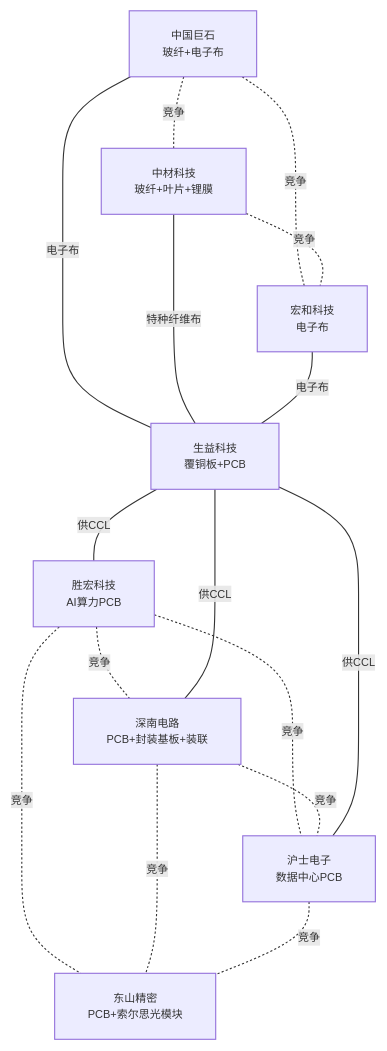
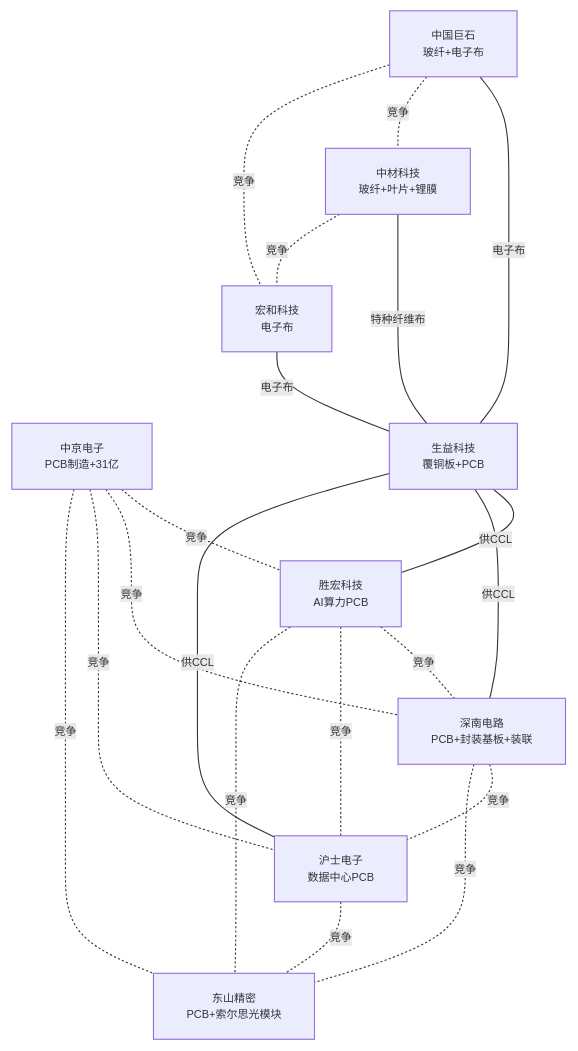
The fourth of 23 diagrams in industry/wiki/syntheses/公司关联图谱.md (zhangbo1882/open-industry), drawn with Mermaid before and after one commit. The commit also changed other lines of this file and 7 other files, not shown here.

````diff
--- a/industry/wiki/syntheses/公司关联图谱.md
+++ b/industry/wiki/syntheses/公司关联图谱.md
@@ -340,31 +341,36 @@
 ```mermaid
 %%{init: {'themeVariables': {'fontSize': '10px'}}}%%
 graph TB
     胜宏科技[胜宏科技<br/>AI算力PCB]
     深南电路[深南电路<br/>PCB+封装基板+装联]
     沪士电子[沪士电子<br/>数据中心PCB]
     东山精密[东山精密<br/>PCB+索尔思光模块]
+    中京电子[中京电子<br/>PCB制造+31亿]
     生益科技[生益科技<br/>覆铜板+PCB]
     中国巨石[中国巨石<br/>玻纤+电子布]
     中材科技[中材科技<br/>玻纤+叶片+锂膜]
     宏和科技[宏和科技<br/>电子布]
 
     胜宏科技 -.-|竞争| 深南电路
     胜宏科技 -.-|竞争| 沪士电子
     深南电路 -.-|竞争| 沪士电子
     胜宏科技 -.-|竞争| 东山精密
     深南电路 -.-|竞争| 东山精密
     沪士电子 -.-|竞争| 东山精密
+    中京电子 -.-|竞争| 胜宏科技
+    中京电子 -.-|竞争| 深南电路
+    中京电子 -.-|竞争| 沪士电子
+    中京电子 -.-|竞争| 东山精密
     生益科技 ---|供CCL| 胜宏科技
     生益科技 ---|供CCL| 深南电路
     生益科技 ---|供CCL| 沪士电子
     中国巨石 ---|电子布| 生益科技
     中材科技 ---|特种纤维布| 生益科技
     宏和科技 ---|电子布| 生益科技
     中国巨石 -.-|竞争| 中材科技
     中国巨石 -.-|竞争| 宏和科技
     中材科技 -.-|竞争| 宏和科技
 
     classDef competition fill:#ffd43b,color:#333,stroke:#fab005
     classDef business fill:#4dabf7,color:#fff,stroke:#1971c2
 ```
````
